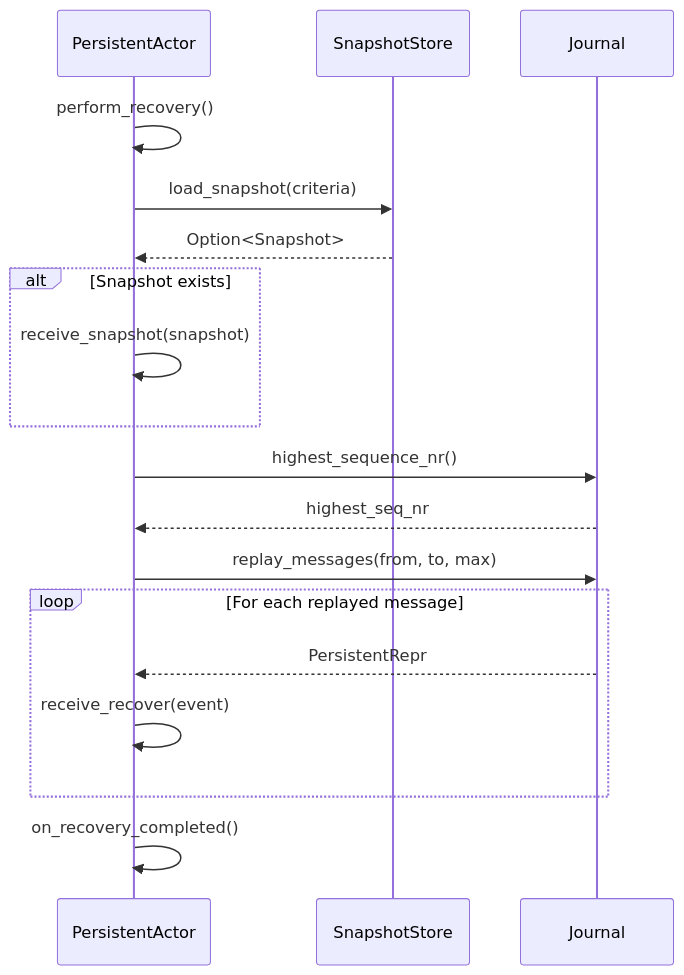
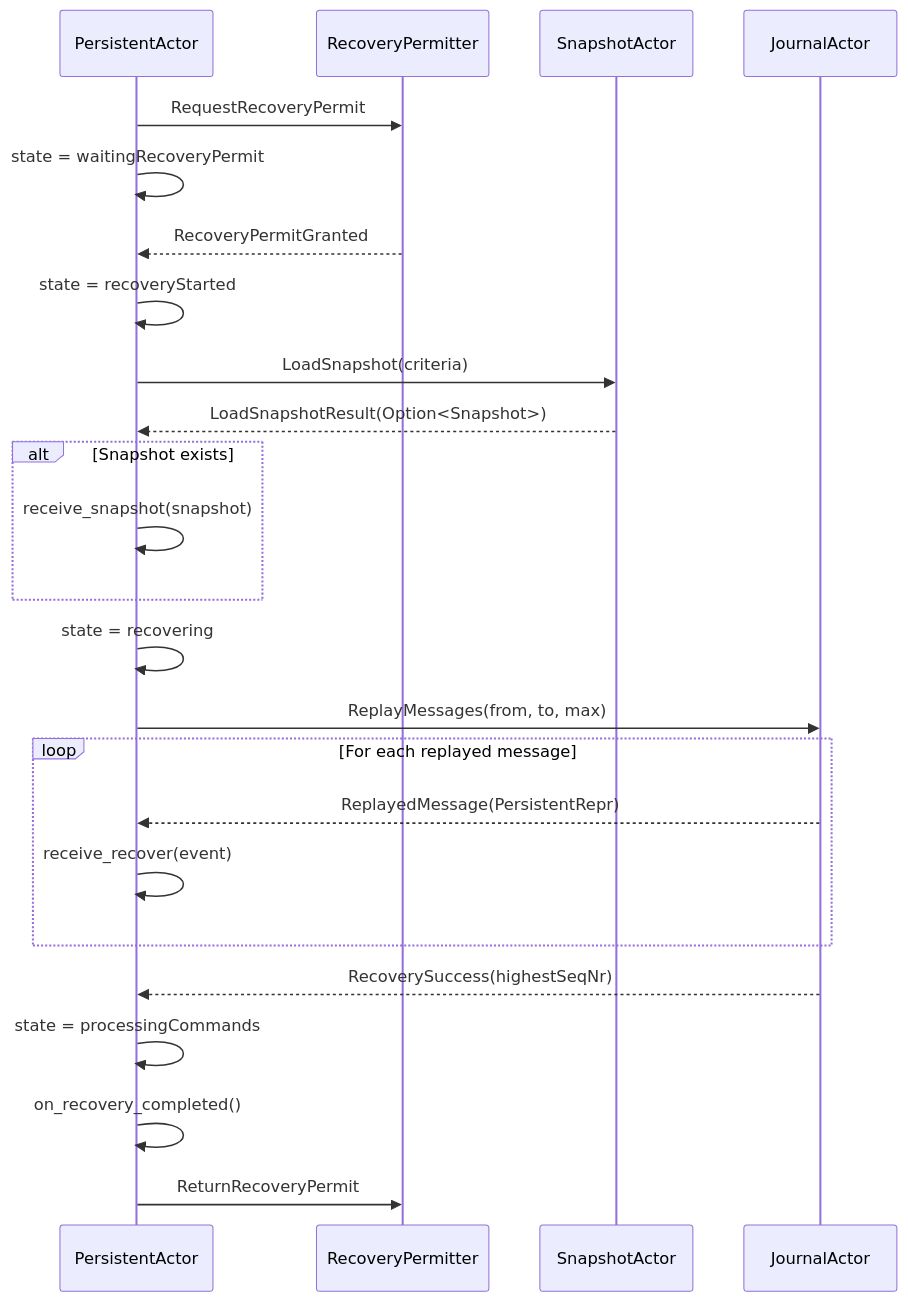
One commit to j5ik2o/fraktor-rs changed the second of 4 diagrams in .kiro/specs/untyped-persistence/design.md. Above: the diagram before and after it, drawn with Mermaid. The commit also changed other lines of this file and 68 other files, not shown here.

````diff
--- a/.kiro/specs/untyped-persistence/design.md
+++ b/.kiro/specs/untyped-persistence/design.md
@@ -101,25 +115,33 @@
 ```mermaid
 sequenceDiagram
     participant PA as PersistentActor
-    participant SS as SnapshotStore
-    participant J as Journal
+    participant RP as RecoveryPermitter
+    participant SA as SnapshotActor
+    participant JA as JournalActor
 
-    PA->>PA: perform_recovery()
-    PA->>SS: load_snapshot(criteria)
-    SS-->>PA: Option<Snapshot>
+    PA->>RP: RequestRecoveryPermit
+    PA->>PA: state = waitingRecoveryPermit
+
+    RP-->>PA: RecoveryPermitGranted
+    PA->>PA: state = recoveryStarted
+    PA->>SA: LoadSnapshot(criteria)
+
+    SA-->>PA: LoadSnapshotResult(Option<Snapshot>)
 
     alt Snapshot exists
         PA->>PA: receive_snapshot(snapshot)
     end
 
-    PA->>J: highest_sequence_nr()
-    J-->>PA: highest_seq_nr
-    PA->>J: replay_messages(from, to, max)
+    PA->>PA: state = recovering
+    PA->>JA: ReplayMessages(from, to, max)
 
     loop For each replayed message
-        J-->>PA: PersistentRepr
+        JA-->>PA: ReplayedMessage(PersistentRepr)
         PA->>PA: receive_recover(event)
     end
 
+    JA-->>PA: RecoverySuccess(highestSeqNr)
+    PA->>PA: state = processingCommands
     PA->>PA: on_recovery_completed()
+    PA->>RP: ReturnRecoveryPermit
 ```
````
